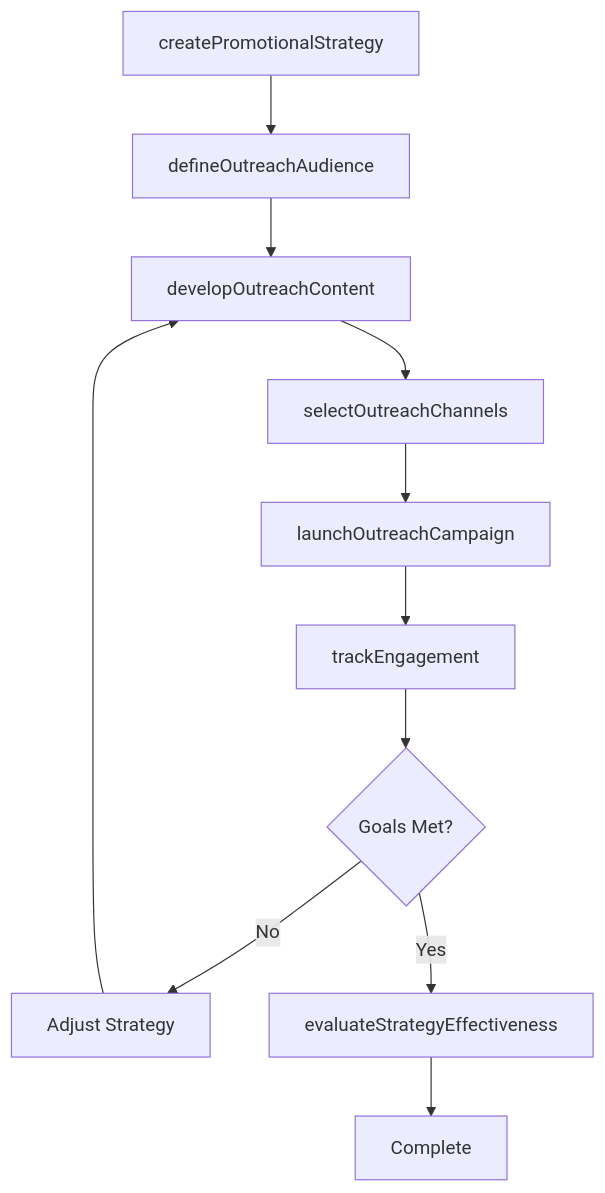
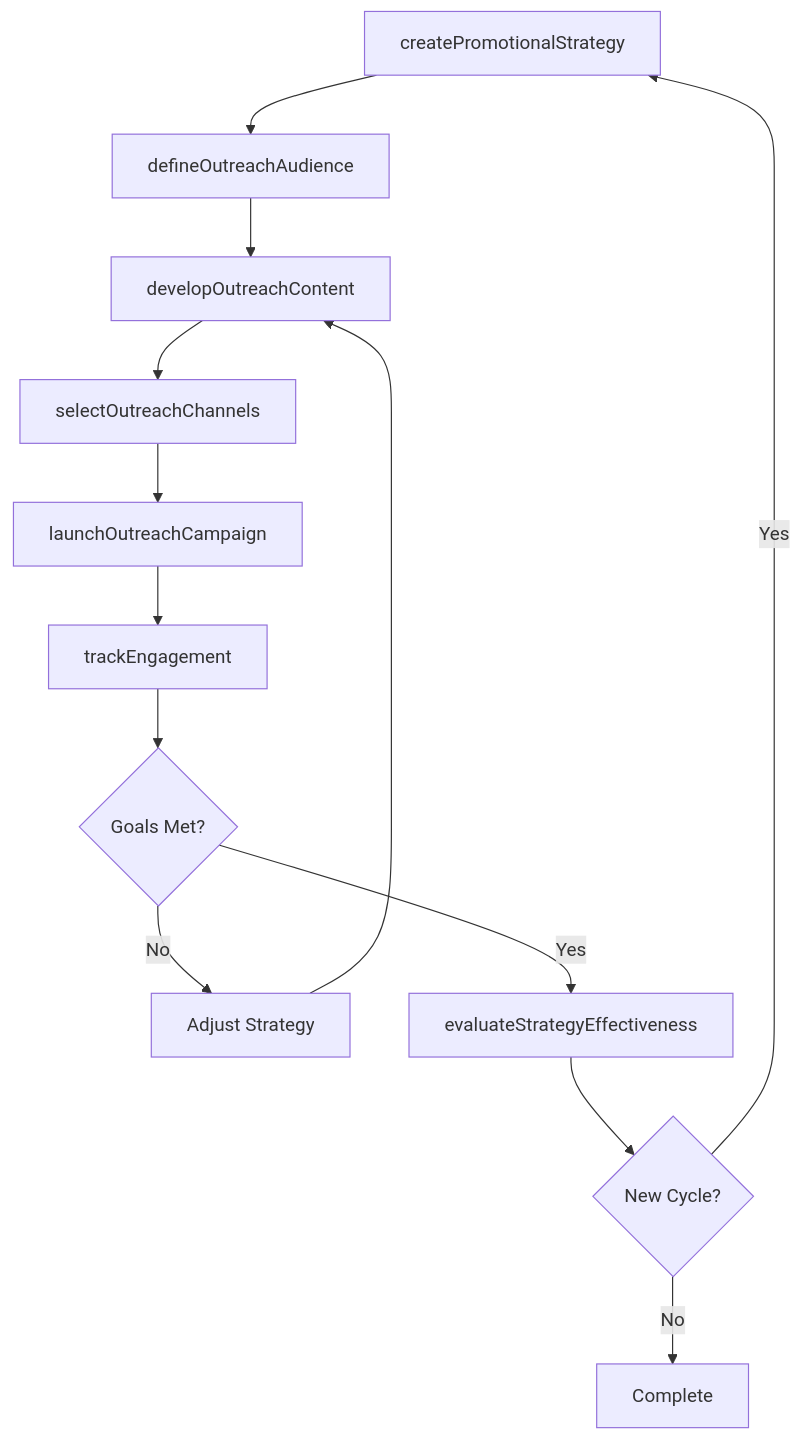
The third of 4 diagrams in ThinkingCreatively/DevelopBusinessOrMarketingPlans/DevelopPromotionalStrategiesReligiousOrganizations.mdx (dot-org-ai/tasks.org.ai), drawn with Mermaid before and after one commit. The commit also changed other lines of this file and 504 other files, not shown here.

First line of the commit message:
feat: Add ER diagrams, state diagrams, and workflow improvements to 96 DWA task files

````diff
--- a/ThinkingCreatively/DevelopBusinessOrMarketingPlans/DevelopPromotionalStrategiesReligiousOrganizations.mdx
+++ b/ThinkingCreatively/DevelopBusinessOrMarketingPlans/DevelopPromotionalStrategiesReligiousOrganizations.mdx
@@ -86,13 +114,15 @@
 ```mermaid
 graph TD
     A[createPromotionalStrategy] --> B[defineOutreachAudience]
     B --> C[developOutreachContent]
     C --> D[selectOutreachChannels]
     D --> E[launchOutreachCampaign]
     E --> F[trackEngagement]
     F --> G{Goals Met?}
     G -->|No| H[Adjust Strategy]
     H --> C
     G -->|Yes| I[evaluateStrategyEffectiveness]
-    I --> J[Complete]
+    I --> J{New Cycle?}
+    J -->|Yes| A
+    J -->|No| K[Complete]
 ```
````
